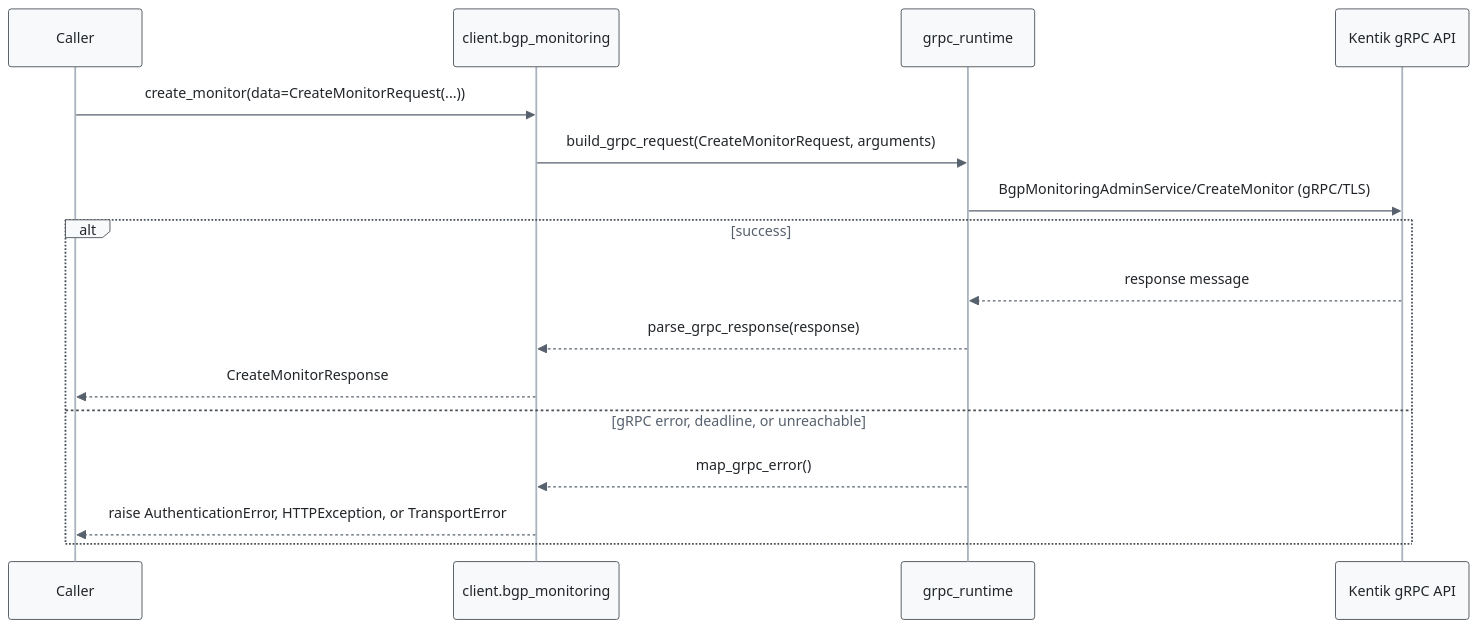
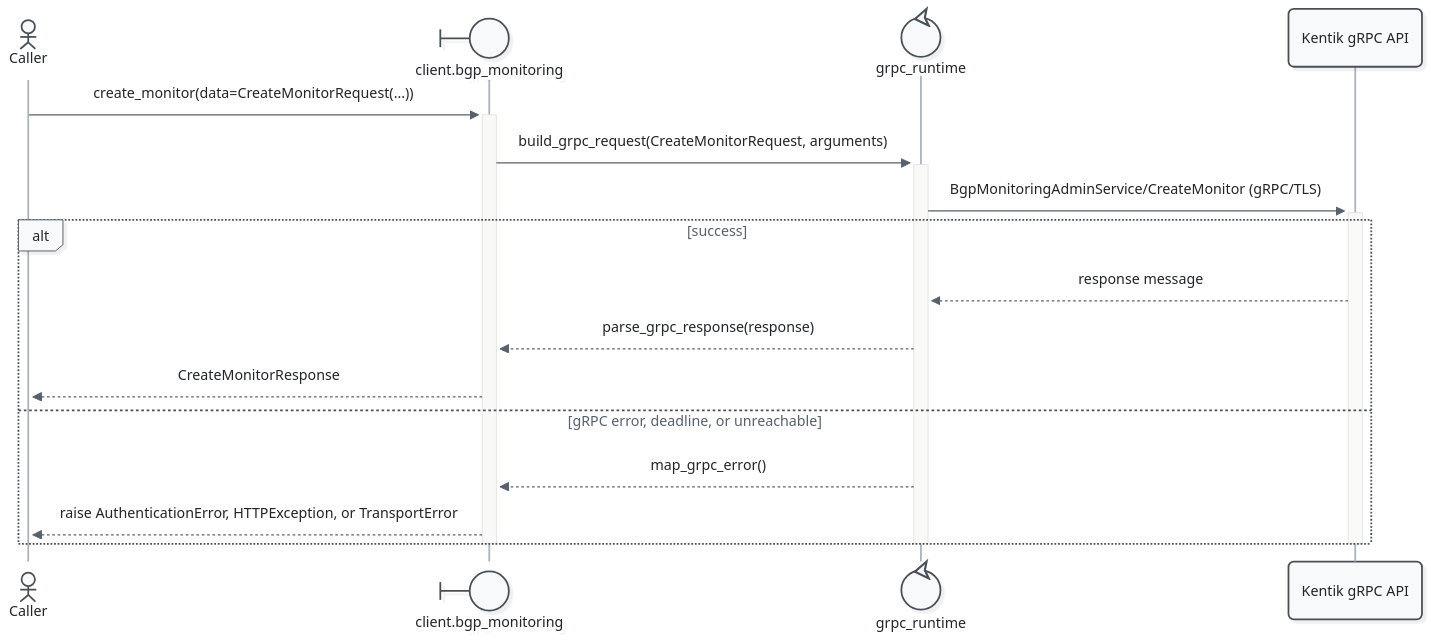
Before and after one commit to alexdearaujo/community_sdk_python: the eighth of 17 diagrams in docs/sphinx/services/bgp_monitoring.md, drawn with Mermaid. The commit also changed other lines of this file and 52 other files, not shown here.

First line of the commit message:
docs: Mermaid 12 sequence diagrams with participant types and path colors

````diff
--- a/docs/sphinx/services/bgp_monitoring.md
+++ b/docs/sphinx/services/bgp_monitoring.md
@@ -285,20 +302,23 @@
 ```mermaid
-%%{init: {"theme": "base", "fontFamily": "ui-monospace, SFMono-Regular, Menlo, monospace", "themeVariables": {"fontFamily": "ui-monospace, SFMono-Regular, Menlo, monospace", "primaryColor": "#f8f9fa", "primaryBorderColor": "#495057", "primaryTextColor": "#212529", "textColor": "#212529", "lineColor": "#77818c", "edgeLabelBackground": "#ffffff", "actorBkg": "#f8f9fa", "actorBorder": "#495057", "actorTextColor": "#212529", "actorLineColor": "#a9b3be", "signalColor": "#57616d", "signalTextColor": "#212529", "labelBoxBkgColor": "#f8f9fa", "labelBoxBorderColor": "#495057", "labelTextColor": "#212529", "loopTextColor": "#57616d", "noteBkgColor": "#fff9db", "noteBorderColor": "#f08c00", "noteTextColor": "#a35a00"}, "flowchart": {"curve": "step", "nodeSpacing": 30, "rankSpacing": 70, "wrappingWidth": 400}}}%%
+%%{init: {"theme": "redux", "look": "neo", "layout": "dagre", "fontFamily": "ui-monospace, SFMono-Regular, Menlo, monospace", "themeVariables": {"fontFamily": "ui-monospace, SFMono-Regular, Menlo, monospace", "primaryColor": "#f8f9fa", "primaryBorderColor": "#495057", "primaryTextColor": "#212529", "textColor": "#212529", "lineColor": "#77818c", "edgeLabelBackground": "#ffffff", "actorBkg": "#f8f9fa", "actorBorder": "#495057", "actorTextColor": "#212529", "actorLineColor": "#a9b3be", "signalColor": "#57616d", "signalTextColor": "#212529", "labelBoxBkgColor": "#f8f9fa", "labelBoxBorderColor": "#495057", "labelTextColor": "#212529", "loopTextColor": "#57616d", "noteBkgColor": "#fff9db", "noteBorderColor": "#f08c00", "noteTextColor": "#a35a00"}, "sequence": {"activationWidth": 16}, "flowchart": {"curve": "step", "nodeSpacing": 30, "rankSpacing": 70, "wrappingWidth": 400}}}%%
 sequenceDiagram
-    participant C as Caller
-    participant W as client.bgp_monitoring
-    participant R as grpc_runtime
+    actor C as Caller
+    participant W@{ "type": "boundary" } as client.bgp_monitoring
+    participant R@{ "type": "control" } as grpc_runtime
     participant API as Kentik gRPC API
 
-    C->>W: create_monitor(data=CreateMonitorRequest(...))
-    W->>R: build_grpc_request(CreateMonitorRequest, arguments)
-    R->>API: BgpMonitoringAdminService/CreateMonitor (gRPC/TLS)
+    C->>+W: create_monitor(data=CreateMonitorRequest(...))
+    W->>+R: build_grpc_request(CreateMonitorRequest, arguments)
+    R->>+API: BgpMonitoringAdminService/CreateMonitor (gRPC/TLS)
     alt success
         API-->>R: response message
         R-->>W: parse_grpc_response(response)
         W-->>C: CreateMonitorResponse
     else gRPC error, deadline, or unreachable
         R-->>W: map_grpc_error()
         W-->>C: raise AuthenticationError, HTTPException, or TransportError
     end
+    deactivate API
+    deactivate R
+    deactivate W
 ```
````
